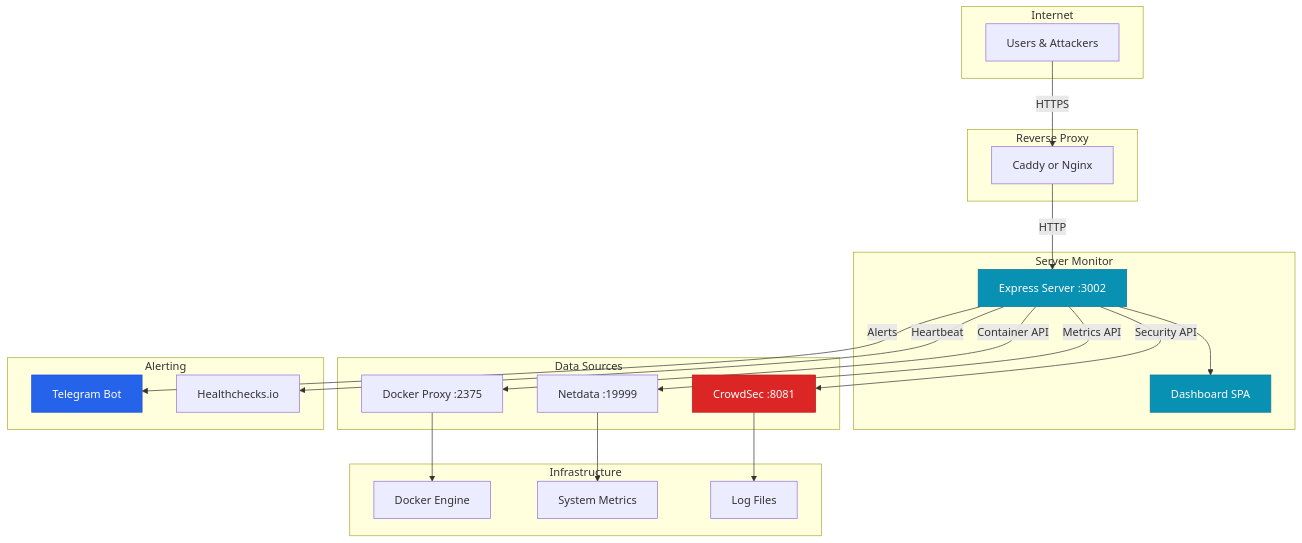
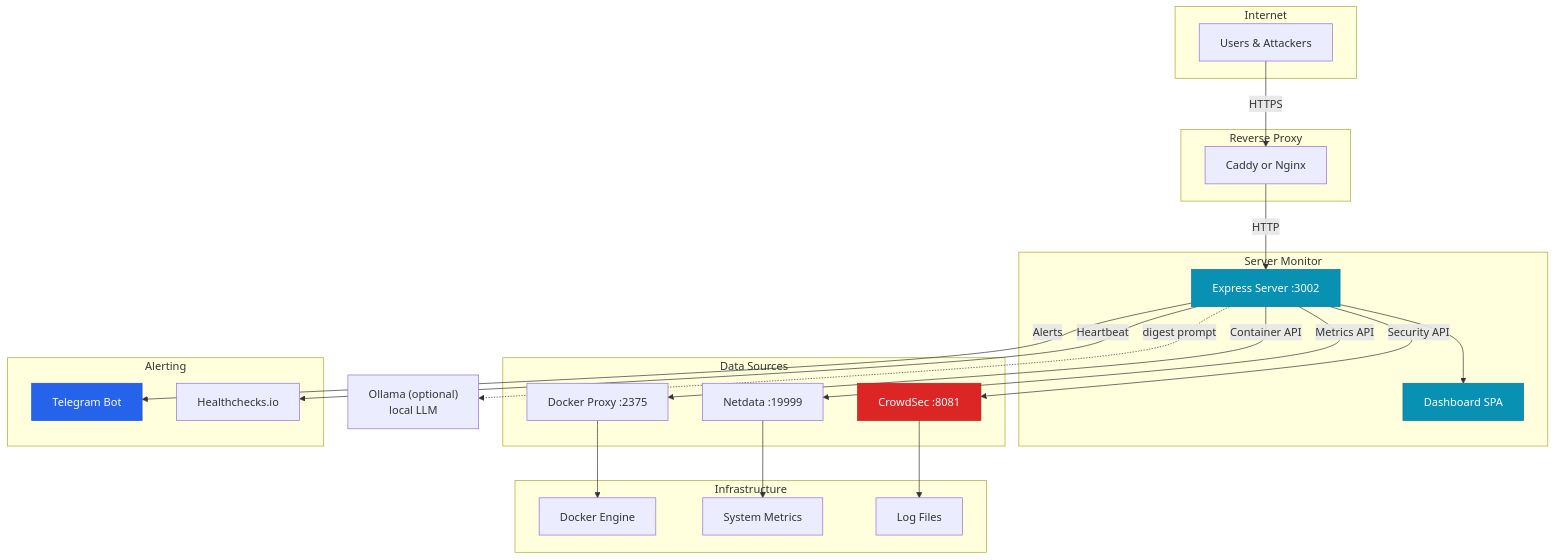
The second of 5 diagrams in README.md (diegoperezg7/server-monitor-AI), drawn with Mermaid before and after one commit. The commit also changed other lines of this file and 8 other files, not shown here.

````diff
--- a/README.md
+++ b/README.md
@@ -19,49 +81,52 @@
 ```mermaid
 graph TB
     subgraph Internet
         A["Users & Attackers"]
     end
 
     subgraph Reverse_Proxy["Reverse Proxy"]
         B["Caddy or Nginx"]
     end
 
     subgraph Server_Monitor["Server Monitor"]
         C["Express Server :3002"]
         D["Dashboard SPA"]
     end
 
     subgraph Data_Sources["Data Sources"]
         E["Netdata :19999"]
         F["CrowdSec :8081"]
         G["Docker Proxy :2375"]
     end
 
     subgraph Infra["Infrastructure"]
         H["Docker Engine"]
         I["System Metrics"]
         J["Log Files"]
     end
 
     subgraph Alerting
         K["Telegram Bot"]
         L["Healthchecks.io"]
     end
 
+    OL["Ollama (optional)<br/>local LLM"]
+
     A -->|HTTPS| B
     B -->|HTTP| C
     C --> D
     C -->|Metrics API| E
     C -->|Security API| F
     C -->|Container API| G
     E --> I
     F --> J
     G --> H
     C -->|Alerts| K
     C -->|Heartbeat| L
+    C -.->|digest prompt| OL
 
     style C fill:#0891b2,stroke:#0e7490,color:#fff
     style D fill:#0891b2,stroke:#0e7490,color:#fff
     style K fill:#2563eb,stroke:#1d4ed8,color:#fff
     style F fill:#dc2626,stroke:#b91c1c,color:#fff
 ```
````
